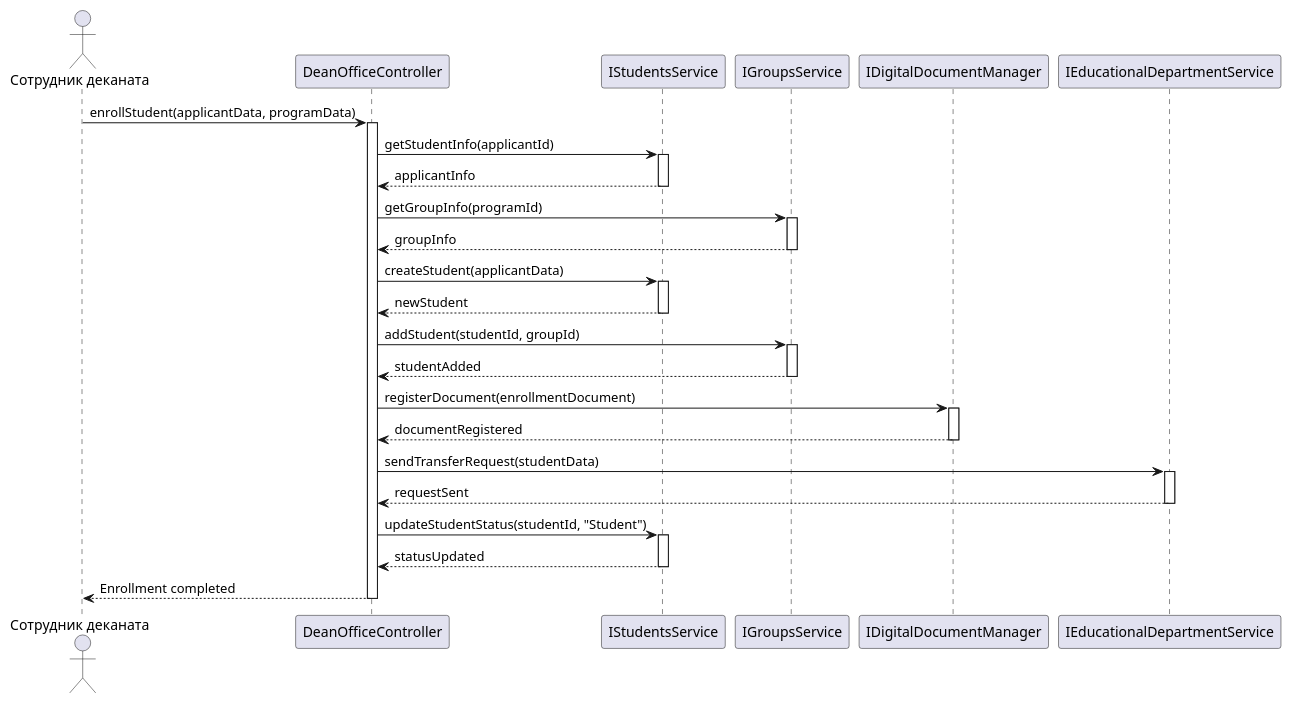
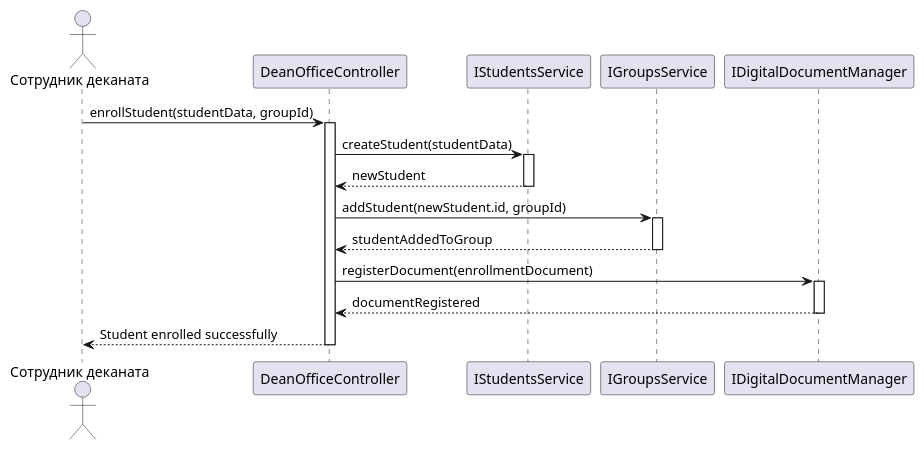
One commit to penamarth/bsbo-01-23_team3_var4_dekanat changed the diagram in Диаграмма последовательности зачисление студента.md. Above: the diagram before and after it, drawn with PlantUML.

Commit message:
Update Диаграмма последовательности зачисление студента.md

```diff
--- a/Диаграмма последовательности зачисление студента.md
+++ b/Диаграмма последовательности зачисление студента.md
@@ -1,49 +1,28 @@
 @startuml
 actor "Сотрудник деканата" as DeanWorker
 participant "DeanOfficeController" as DO
 participant "IStudentsService" as ISS
 participant "IGroupsService" as IGS
 participant "IDigitalDocumentManager" as IDDM
-participant "IEducationalDepartmentService" as IEDS
 
-DeanWorker -> DO: enrollStudent(applicantData, programData)
+DeanWorker -> DO: enrollStudent(studentData, groupId)
 activate DO
 
-DO -> ISS: getStudentInfo(applicantId)
-activate ISS
-ISS --> DO: applicantInfo
-deactivate ISS
-
-DO -> IGS: getGroupInfo(programId)
-activate IGS
-IGS --> DO: groupInfo
-deactivate IGS
-
-DO -> ISS: createStudent(applicantData)
+DO -> ISS: createStudent(studentData)
 activate ISS
 ISS --> DO: newStudent
 deactivate ISS
 
-DO -> IGS: addStudent(studentId, groupId)
+DO -> IGS: addStudent(newStudent.id, groupId)
 activate IGS
-IGS --> DO: studentAdded
+IGS --> DO: studentAddedToGroup
 deactivate IGS
 
 DO -> IDDM: registerDocument(enrollmentDocument)
 activate IDDM
 IDDM --> DO: documentRegistered
 deactivate IDDM
 
-DO -> IEDS: sendTransferRequest(studentData)
-activate IEDS
-IEDS --> DO: requestSent
-deactivate IEDS
-
-DO -> ISS: updateStudentStatus(studentId, "Student")
-activate ISS
-ISS --> DO: statusUpdated
-deactivate ISS
-
-DO --> DeanWorker: Enrollment completed
+DO --> DeanWorker: Student enrolled successfully
 deactivate DO
 @enduml
```
